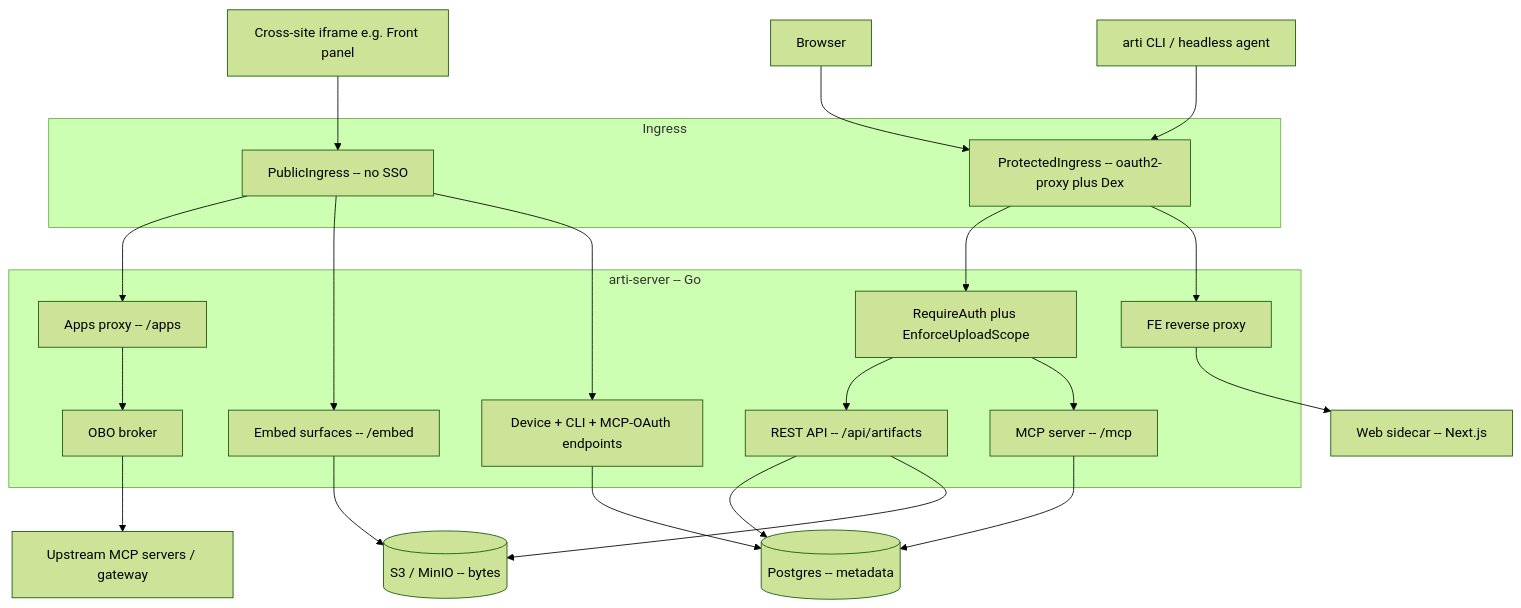
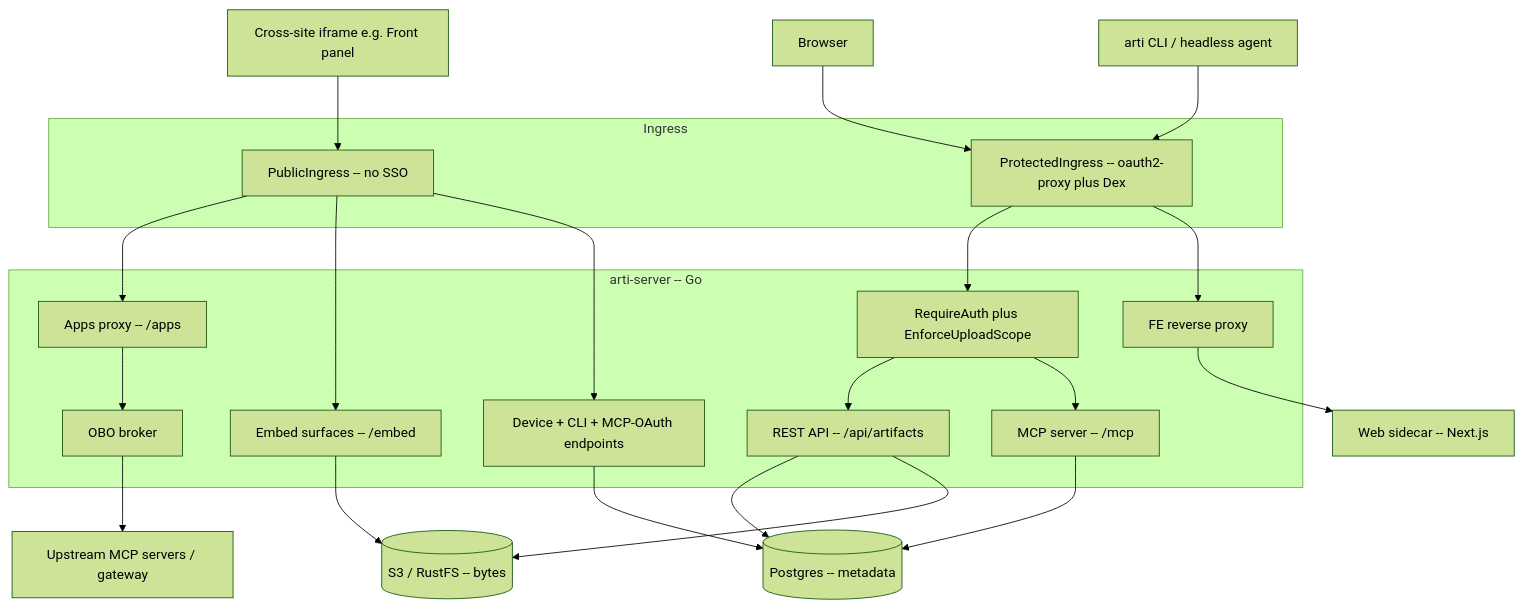
One commit to angellist/arti-oss changed the diagram in web/docs/architecture/system-overview.mmd. Above: the diagram before and after it, drawn with Mermaid (forest theme). The commit also changed 117 other files, not shown here.

```diff
--- a/web/docs/architecture/system-overview.mmd
+++ b/web/docs/architecture/system-overview.mmd
@@ -1,47 +1,47 @@
 flowchart TB
   cli[arti CLI / headless agent]
   browser[Browser]
   iframe[Cross-site iframe e.g. Front panel]
 
   subgraph ingress[Ingress]
     prot[ProtectedIngress -- oauth2-proxy plus Dex]
     pub[PublicIngress -- no SSO]
   end
 
   browser --> prot
   cli --> prot
   iframe --> pub
 
   subgraph server[arti-server -- Go]
     authmw[RequireAuth plus EnforceUploadScope]
     rest[REST API -- /api/artifacts]
     mcp[MCP server -- /mcp]
     apps[Apps proxy -- /apps]
     obo[OBO broker]
     embed[Embed surfaces -- /embed]
     devauth[Device + CLI + MCP-OAuth endpoints]
     feproxy[FE reverse proxy]
   end
 
   prot --> authmw
   authmw --> rest
   authmw --> mcp
   pub --> apps
   pub --> embed
   pub --> devauth
   prot --> feproxy
 
   web[Web sidecar -- Next.js]
   feproxy --> web
 
   pg[(Postgres -- metadata)]
-  s3[(S3 / MinIO -- bytes)]
+  s3[(S3 / RustFS -- bytes)]
   gateway[Upstream MCP servers / gateway]
 
   rest --> pg
   rest --> s3
   mcp --> pg
   apps --> obo
   obo --> gateway
   embed --> s3
   devauth --> pg
```
